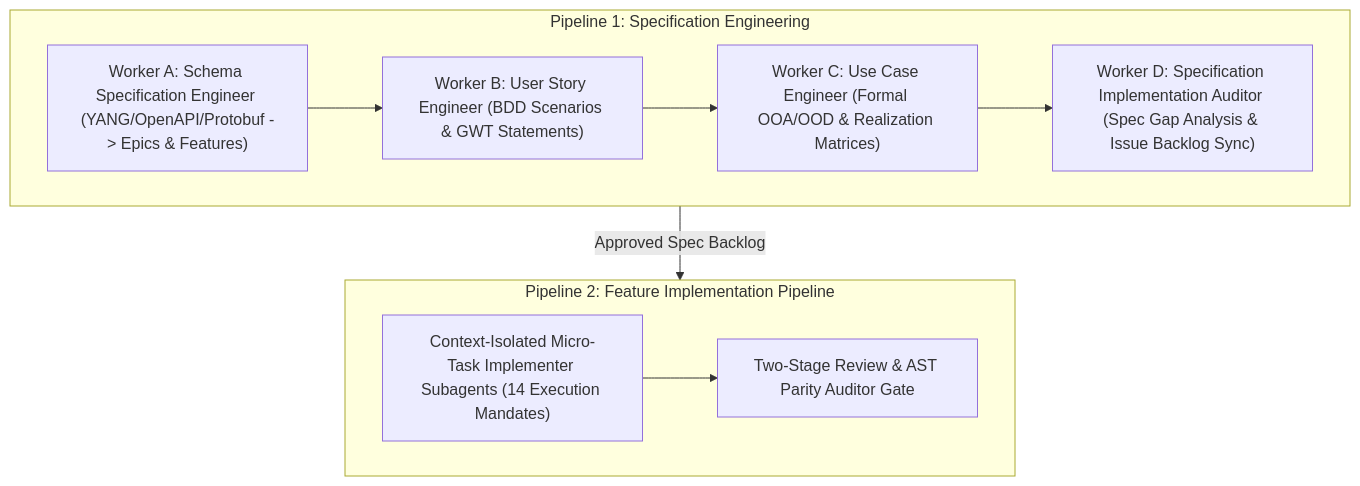
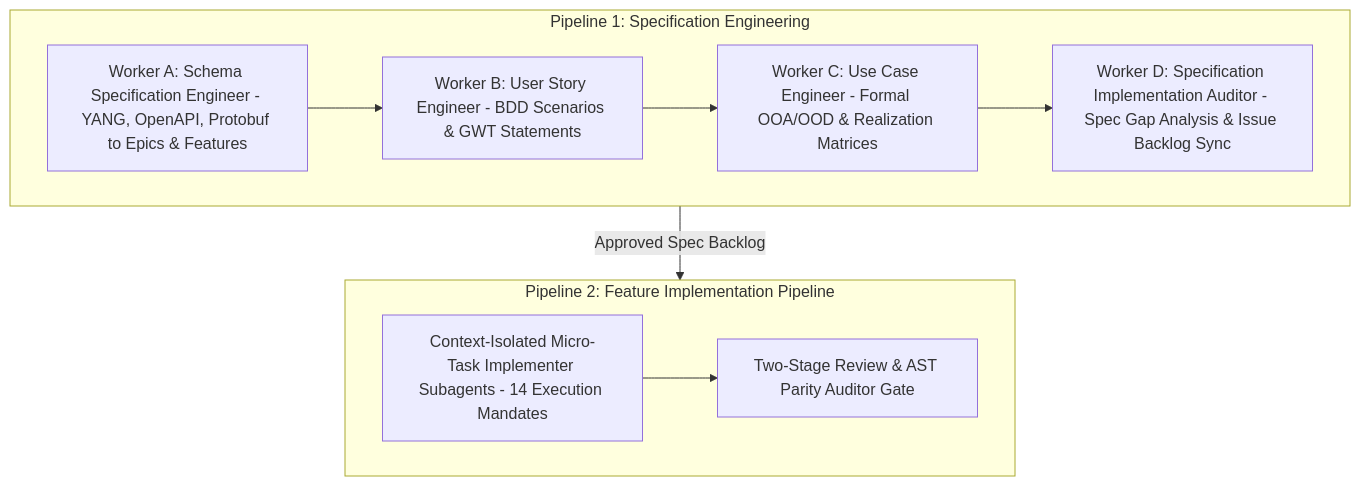
One commit to gintatkinson/DEAP-spec-core changed the first of 2 diagrams in docs/architecture/core/DEAP_MASTER_ARCHITECTURE.md. Above: the diagram before and after it, drawn with Mermaid. The commit also changed 1 other file, not shown here.

Commit message:
feat(blueprint): synchronize SysML v2 Ingestion Engine solution blueprint DEAP-BLUEPRINT-SYSML-003 across polyrepos

````diff
--- a/docs/architecture/core/DEAP_MASTER_ARCHITECTURE.md
+++ b/docs/architecture/core/DEAP_MASTER_ARCHITECTURE.md
@@ -20,18 +20,18 @@
 ```mermaid
 flowchart TD
     subgraph Pipeline_1 ["Pipeline 1: Specification Engineering"]
-        Worker_A["Worker A: Schema Specification Engineer (YANG/OpenAPI/Protobuf -> Epics & Features)"]
-        Worker_B["Worker B: User Story Engineer (BDD Scenarios & GWT Statements)"]
-        Worker_C["Worker C: Use Case Engineer (Formal OOA/OOD & Realization Matrices)"]
-        Worker_D["Worker D: Specification Implementation Auditor (Spec Gap Analysis & Issue Backlog Sync)"]
+        Worker_A["Worker A: Schema Specification Engineer - YANG, OpenAPI, Protobuf to Epics & Features"]
+        Worker_B["Worker B: User Story Engineer - BDD Scenarios & GWT Statements"]
+        Worker_C["Worker C: Use Case Engineer - Formal OOA/OOD & Realization Matrices"]
+        Worker_D["Worker D: Specification Implementation Auditor - Spec Gap Analysis & Issue Backlog Sync"]
         Worker_A --> Worker_B --> Worker_C --> Worker_D
     end
 
     subgraph Pipeline_2 ["Pipeline 2: Feature Implementation Pipeline"]
-        Sub_Implementer["Context-Isolated Micro-Task Implementer Subagents (14 Execution Mandates)"]
+        Sub_Implementer["Context-Isolated Micro-Task Implementer Subagents - 14 Execution Mandates"]
         Review_Gate["Two-Stage Review & AST Parity Auditor Gate"]
         Sub_Implementer --> Review_Gate
     end
 
     Pipeline_1 -->|Approved Spec Backlog| Pipeline_2
 ```
````
